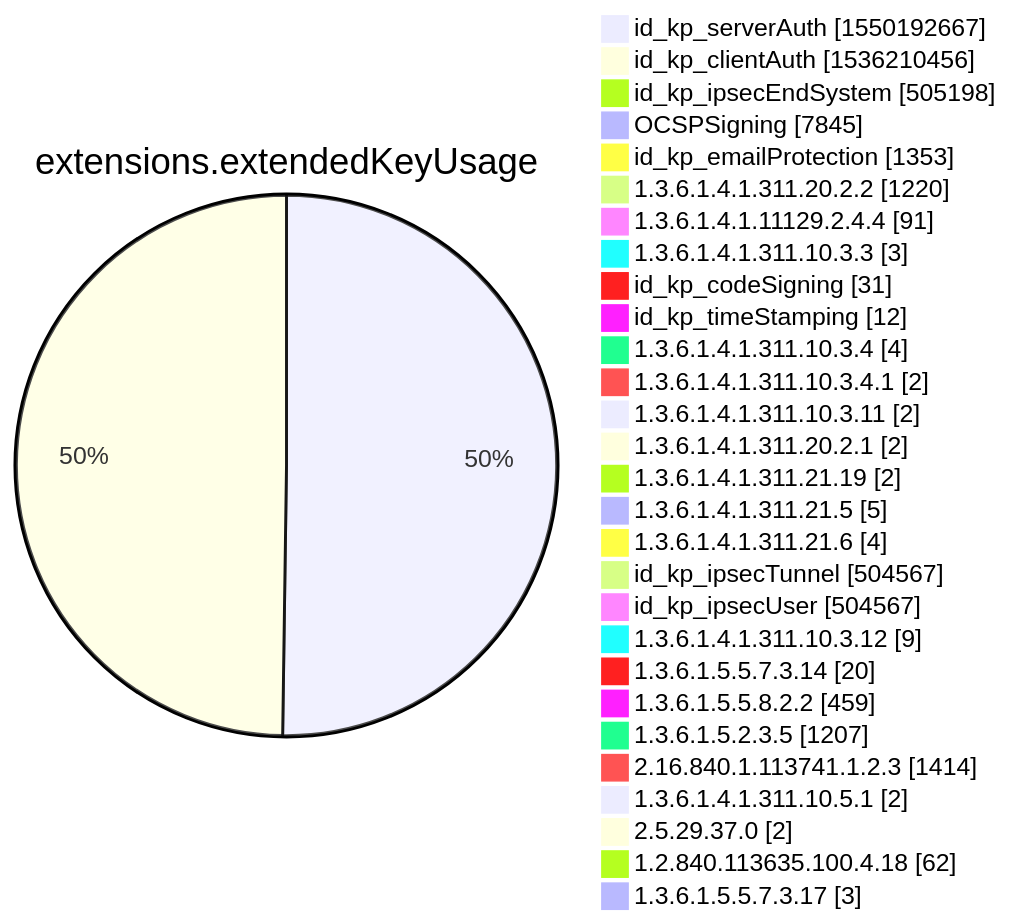
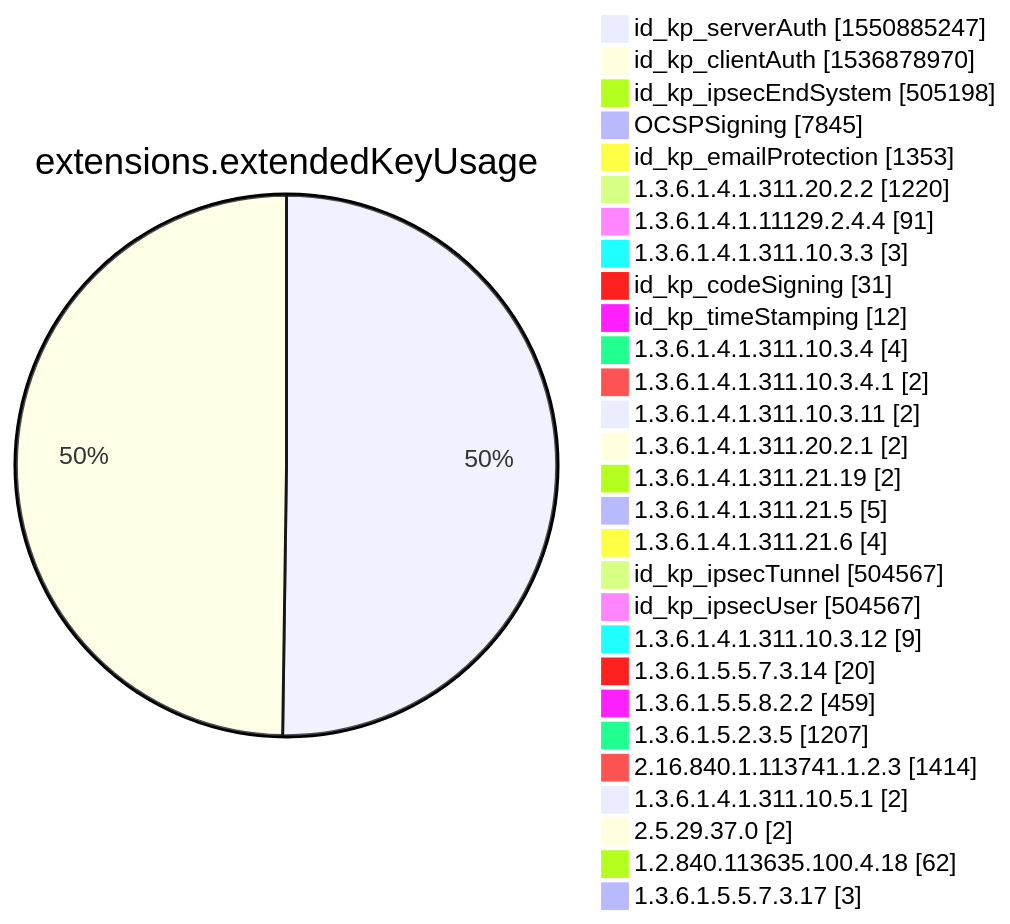
One commit to christiankrug/ctmonitor_visualization changed diagram 12 of 15 in xenon2022/README.md. Above: the diagram before and after it, drawn with Mermaid. The commit also changed other lines of this file, not shown here.

````diff
--- a/xenon2022/README.md
+++ b/xenon2022/README.md
@@ -3882,32 +3882,32 @@
 ```mermaid
 pie showData
 title extensions.extendedKeyUsage
-"id_kp_serverAuth" :1550192667
-"id_kp_clientAuth" :1536210456
+"id_kp_serverAuth" :1550885247
+"id_kp_clientAuth" :1536878970
 "id_kp_ipsecEndSystem" :505198
 "OCSPSigning" :7845
 "id_kp_emailProtection" :1353
 "1.3.6.1.4.1.311.20.2.2" :1220
 "1.3.6.1.4.1.11129.2.4.4" :91
 "1.3.6.1.4.1.311.10.3.3" :3
 "id_kp_codeSigning" :31
 "id_kp_timeStamping" :12
 "1.3.6.1.4.1.311.10.3.4" :4
 "1.3.6.1.4.1.311.10.3.4.1" :2
 "1.3.6.1.4.1.311.10.3.11" :2
 "1.3.6.1.4.1.311.20.2.1" :2
 "1.3.6.1.4.1.311.21.19" :2
 "1.3.6.1.4.1.311.21.5" :5
 "1.3.6.1.4.1.311.21.6" :4
 "id_kp_ipsecTunnel" :504567
 "id_kp_ipsecUser" :504567
 "1.3.6.1.4.1.311.10.3.12" :9
 "1.3.6.1.5.5.7.3.14" :20
 "1.3.6.1.5.5.8.2.2" :459
 "1.3.6.1.5.2.3.5" :1207
 "2.16.840.1.113741.1.2.3" :1414
 "1.3.6.1.4.1.311.10.5.1" :2
 "2.5.29.37.0" :2
 "1.2.840.113635.100.4.18" :62
 "1.3.6.1.5.5.7.3.17" :3
 ```
````
